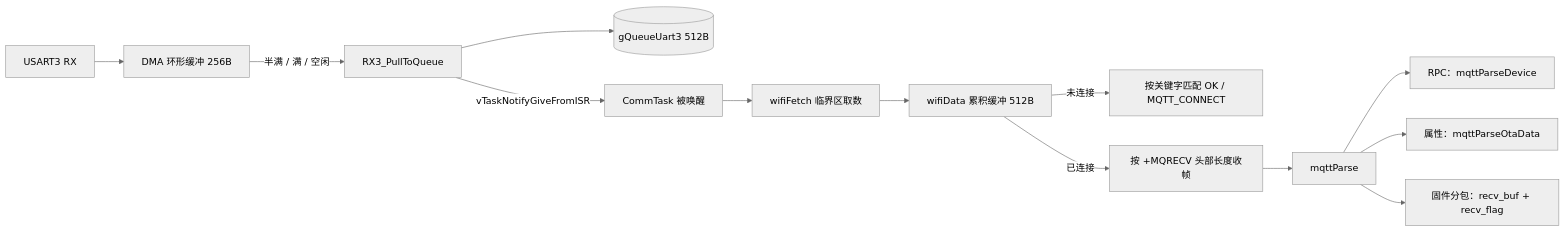
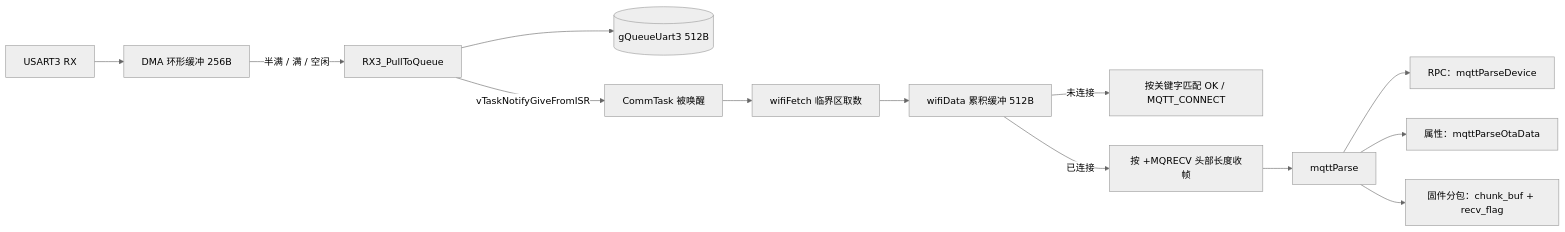
One commit to xuhj001/stm32_test changed the fourth of 6 diagrams in ota-freertos/docs/架构与设计.md. Above: the diagram before and after it, drawn with Mermaid (neutral theme). The commit also changed other lines of this file and 20 other files, not shown here.

````diff
--- a/ota-freertos/docs/架构与设计.md
+++ b/ota-freertos/docs/架构与设计.md
@@ -383,15 +487,15 @@
 ```mermaid
 flowchart LR
     U[USART3 RX] --> D[DMA 环形缓冲 256B]
     D -->|半满 / 满 / 空闲| P[RX3_PullToQueue]
     P --> Q[(gQueueUart3 512B)]
     P -->|vTaskNotifyGiveFromISR| T[CommTask 被唤醒]
     T --> F[wifiFetch 临界区取数]
     F --> A[wifiData 累积缓冲 512B]
     A -->|未连接| K[按关键字匹配 OK / MQTT_CONNECT]
     A -->|已连接| R[按 +MQRECV 头部长度收帧]
     R --> X[mqttParse]
     X --> RPC[RPC：mqttParseDevice]
     X --> ATTR[属性：mqttParseOtaData]
-    X --> CH[固件分包：recv_buf + recv_flag]
+    X --> CH[固件分包：chunk_buf + recv_flag]
 ```
````
